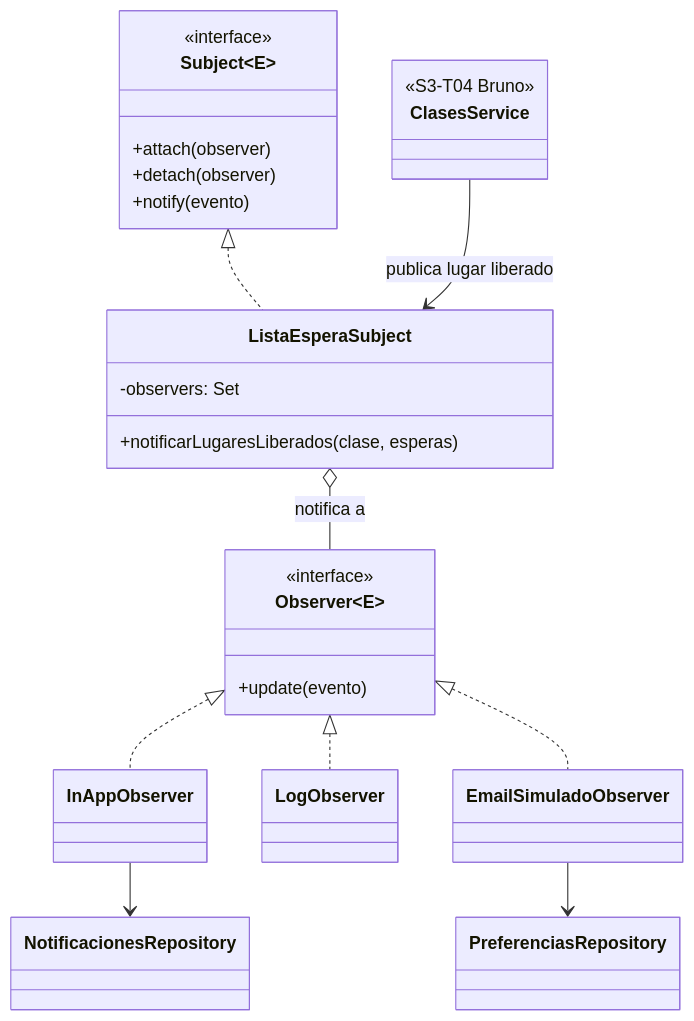
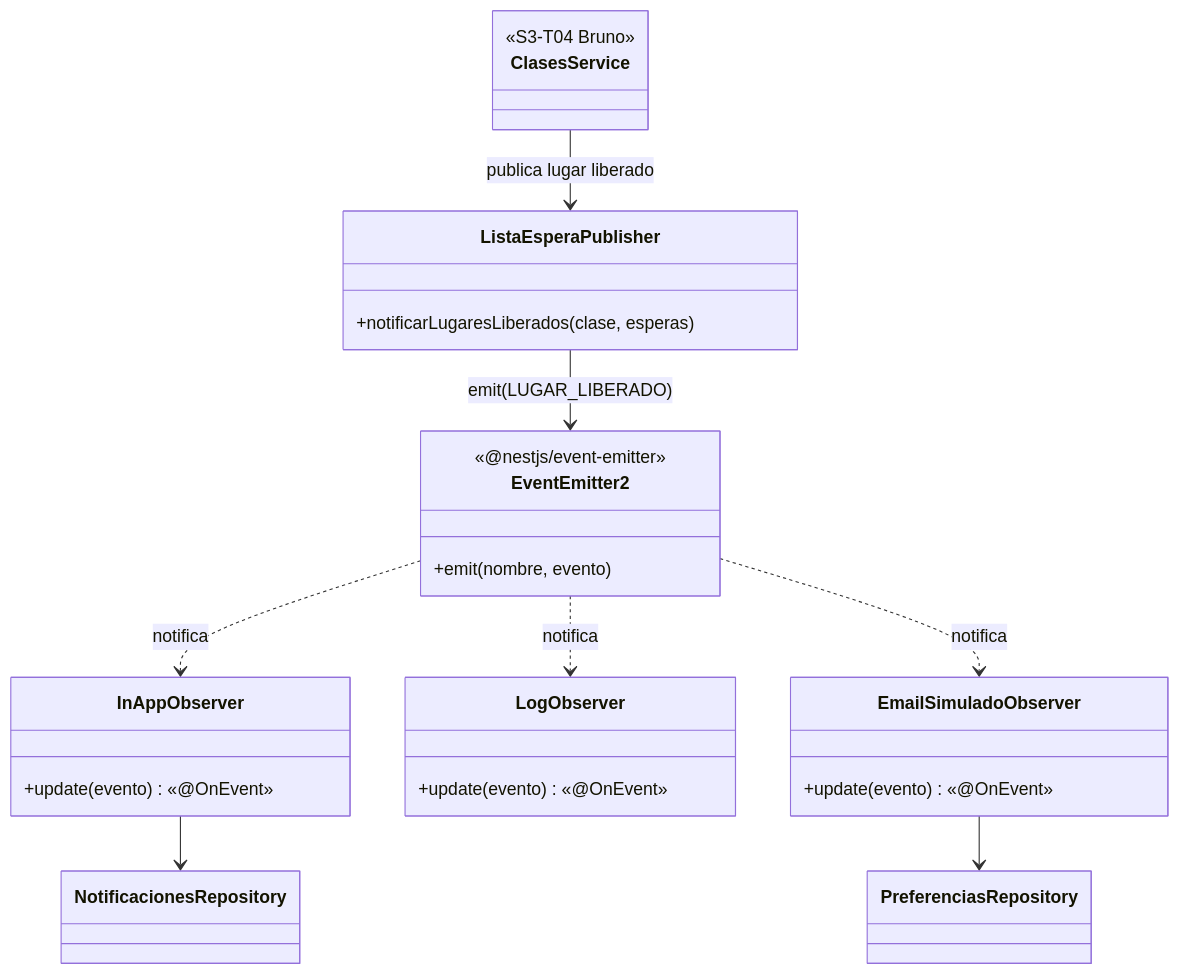
One commit to PatricioRamos04032000/FitZoneSports changed the diagram in documentacion/Diseno_Observer_S4-T02_Notificaciones.md. Above: the diagram before and after it, drawn with Mermaid. The commit also changed other lines of this file and 14 other files, not shown here.

Commit message:
Observer de lista de espera con @nestjs/event-emitter en lugar del Subject propio

````diff
--- a/documentacion/Diseno_Observer_S4-T02_Notificaciones.md
+++ b/documentacion/Diseno_Observer_S4-T02_Notificaciones.md
@@ -23,32 +23,30 @@
 ```mermaid
 classDiagram
-    class Subject~E~ {
-        <<interface>>
-        +attach(observer)
-        +detach(observer)
-        +notify(evento)
+    class EventEmitter2 {
+        <<@nestjs/event-emitter>>
+        +emit(nombre, evento)
     }
-    class Observer~E~ {
-        <<interface>>
-        +update(evento)
-    }
-    class ListaEsperaSubject {
-        -observers: Set
+    class ListaEsperaPublisher {
         +notificarLugaresLiberados(clase, esperas)
     }
-    class InAppObserver
-    class LogObserver
-    class EmailSimuladoObserver
+    class InAppObserver {
+        +update(evento) «@OnEvent»
+    }
+    class LogObserver {
+        +update(evento) «@OnEvent»
+    }
+    class EmailSimuladoObserver {
+        +update(evento) «@OnEvent»
+    }
     class ClasesService {
         <<S3-T04 Bruno>>
     }
 
-    Subject <|.. ListaEsperaSubject
-    Observer <|.. InAppObserver
-    Observer <|.. LogObserver
-    Observer <|.. EmailSimuladoObserver
-    ListaEsperaSubject o-- Observer : notifica a
-    ClasesService --> ListaEsperaSubject : publica lugar liberado
+    ClasesService --> ListaEsperaPublisher : publica lugar liberado
+    ListaEsperaPublisher --> EventEmitter2 : emit(LUGAR_LIBERADO)
+    EventEmitter2 ..> InAppObserver : notifica
+    EventEmitter2 ..> LogObserver : notifica
+    EventEmitter2 ..> EmailSimuladoObserver : notifica
     InAppObserver --> NotificacionesRepository
     EmailSimuladoObserver --> PreferenciasRepository
 ```
````
